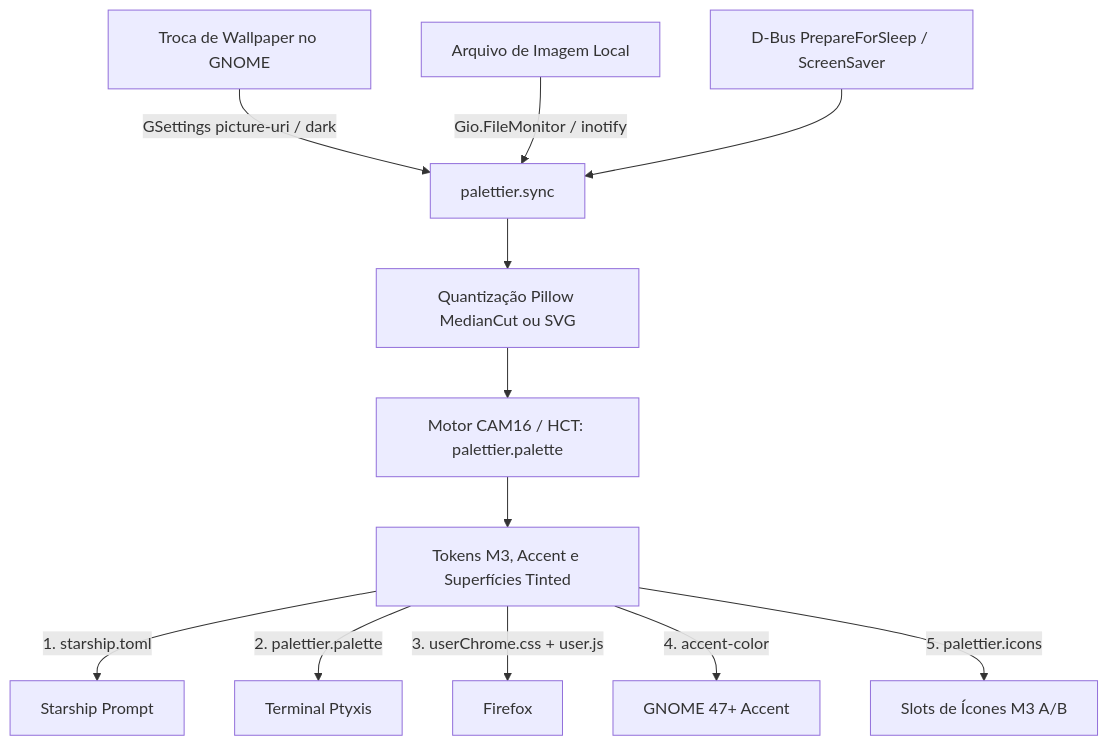
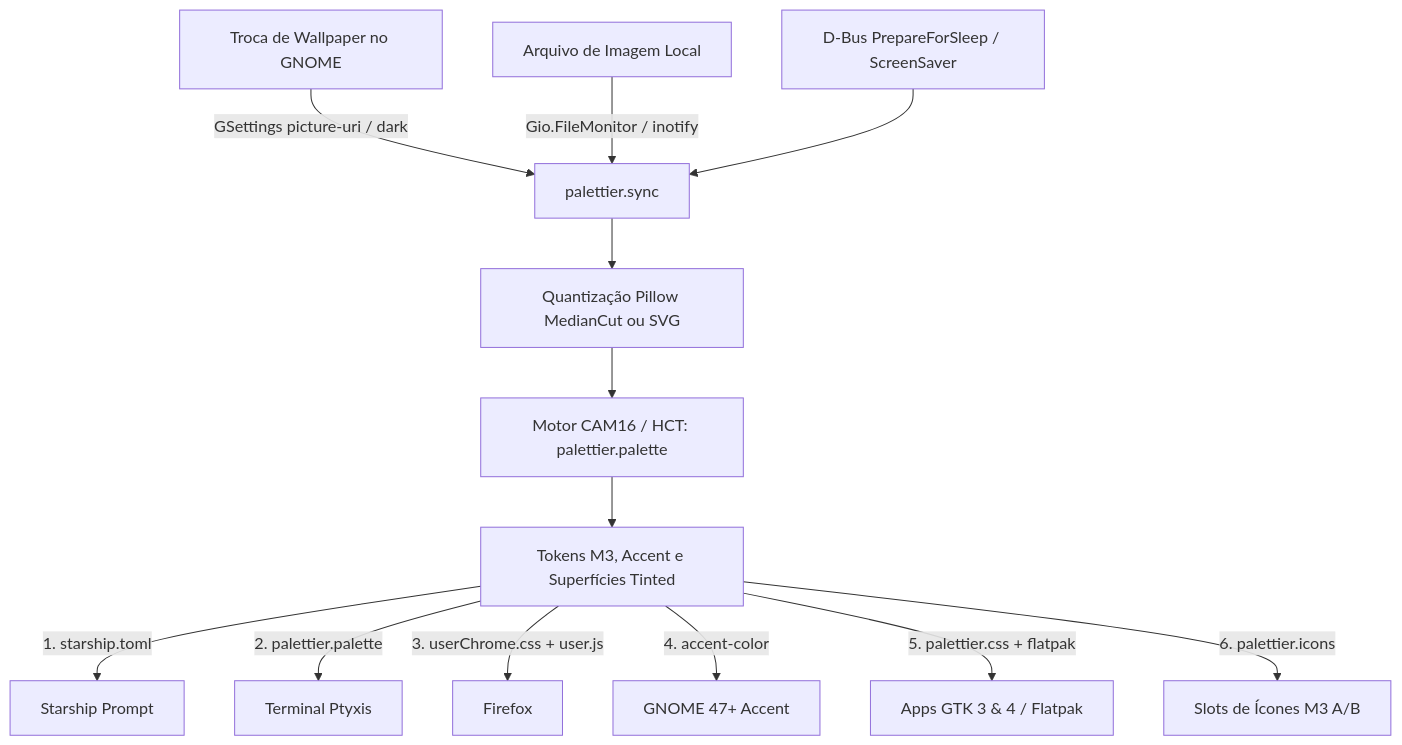
One commit to PedroMachado1/Palettier changed the diagram in README.pt-BR.md. Above: the diagram before and after it, drawn with Mermaid. The commit also changed other lines of this file and 9 other files, not shown here.

Commit message:
feat: add Material 3 GTK 3/4 and Flatpak color synchronization

````diff
--- a/README.pt-BR.md
+++ b/README.pt-BR.md
@@ -36,16 +36,17 @@
 ```mermaid
 flowchart TD
     A[Troca de Wallpaper no GNOME] -->|GSettings picture-uri / dark| D[palettier.sync]
     A2[Arquivo de Imagem Local] -->|Gio.FileMonitor / inotify| D
     S1[D-Bus PrepareForSleep / ScreenSaver] --> D
 
     D --> E1[Quantização Pillow MedianCut ou SVG]
     E1 --> E2[Motor CAM16 / HCT: palettier.palette]
     E2 --> E3[Tokens M3, Accent e Superfícies Tinted]
 
     E3 -->|1. starship.toml| F1[Starship Prompt]
     E3 -->|2. palettier.palette| F2[Terminal Ptyxis]
     E3 -->|3. userChrome.css + user.js| F3[Firefox]
     E3 -->|4. accent-color| F4[GNOME 47+ Accent]
-    E3 -->|5. palettier.icons| F5[Slots de Ícones M3 A/B]
+    E3 -->|5. palettier.css + flatpak| F5[Apps GTK 3 & 4 / Flatpak]
+    E3 -->|6. palettier.icons| F6[Slots de Ícones M3 A/B]
 ```
````
